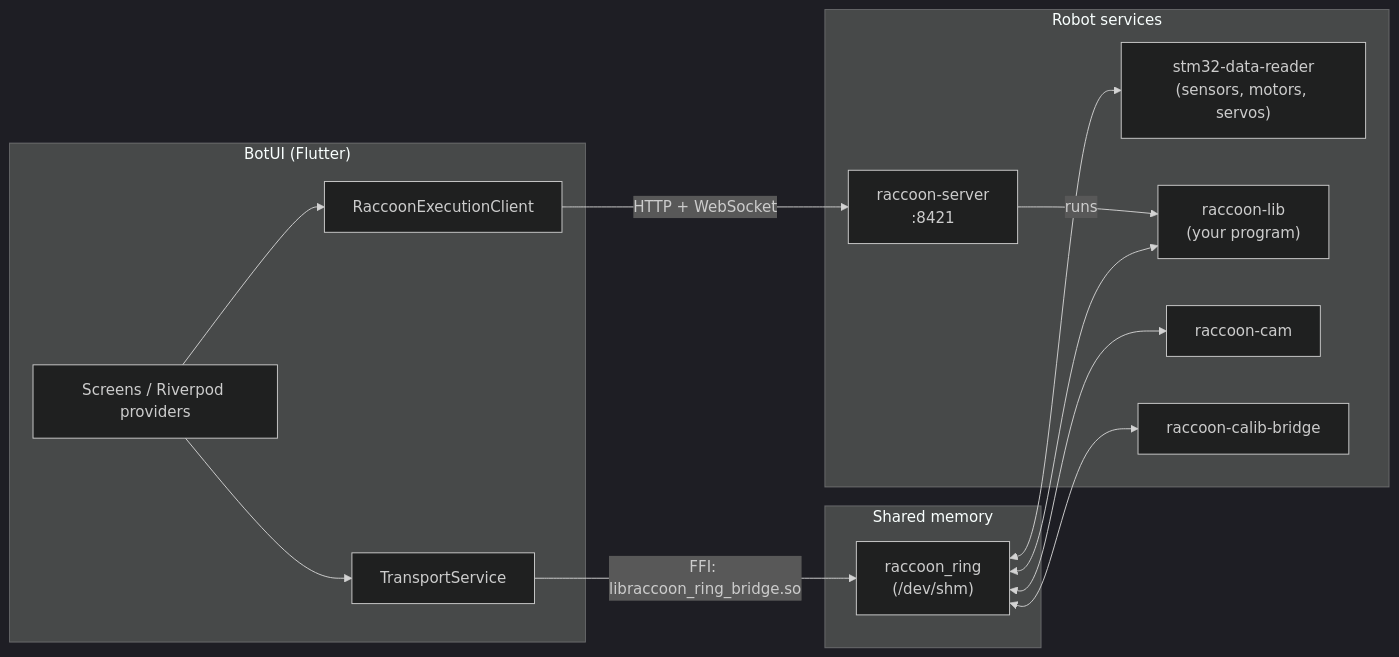
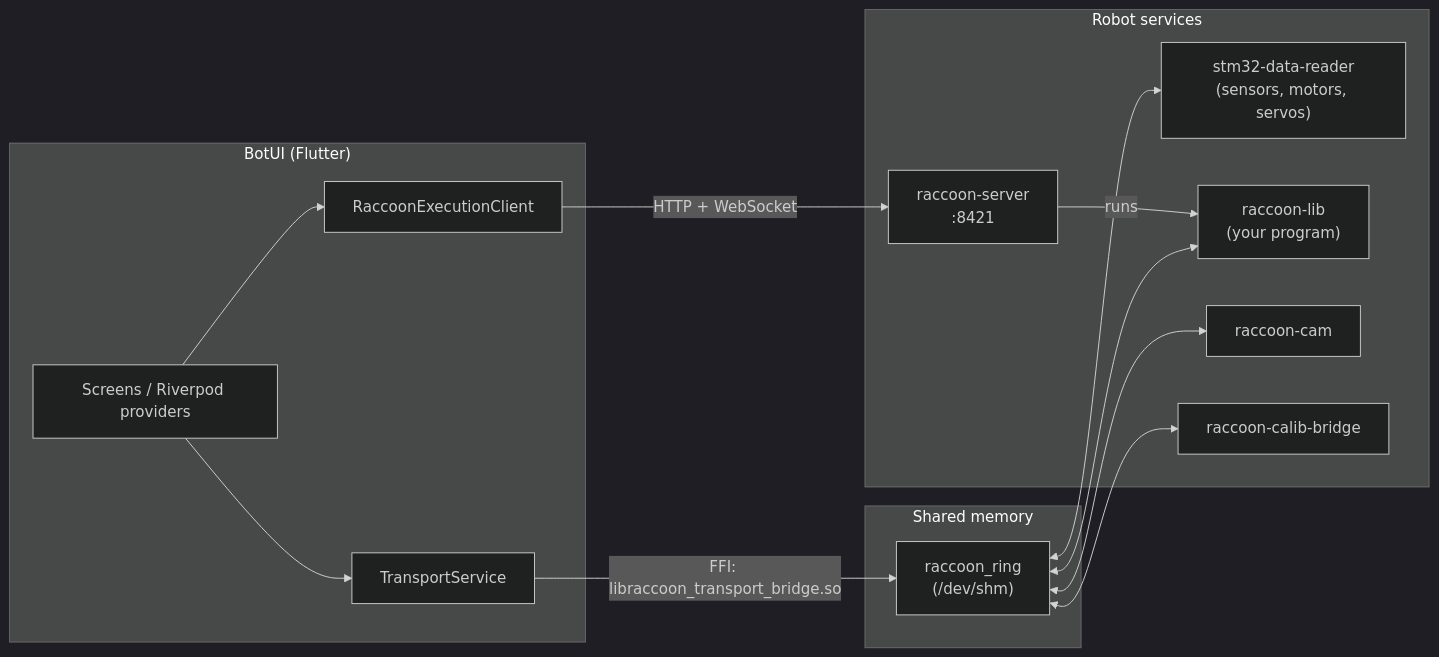
Before and after one commit to htl-stp-ecer/documentation: the first of 2 diagrams in content/05-bot-ui/_index.md, drawn with Mermaid (dark theme). The commit also changed other lines of this file and 18 other files, not shown here.

First line of the commit message:
docs: channel table, ring format and channel names of the transport

````diff
--- a/content/05-bot-ui/_index.md
+++ b/content/05-bot-ui/_index.md
@@ -25,28 +25,28 @@
 ```mermaid
 graph LR
     subgraph "BotUI (Flutter)"
         W[Screens / Riverpod providers]
         TS[TransportService]
         EX[RaccoonExecutionClient]
     end
     subgraph "Shared memory"
         RING["raccoon_ring<br/>(/dev/shm)"]
     end
     subgraph "Robot services"
         STM["stm32-data-reader<br/>(sensors, motors, servos)"]
         LIB["raccoon-lib<br/>(your program)"]
         CAM["raccoon-cam"]
         CALIB["raccoon-calib-bridge"]
         SRV["raccoon-server<br/>:8421"]
     end
 
     W --> TS
-    TS -->|"FFI: libraccoon_ring_bridge.so"| RING
+    TS -->|"FFI: libraccoon_transport_bridge.so"| RING
     RING <--> STM
     RING <--> LIB
     RING <--> CAM
     RING <--> CALIB
     W --> EX
     EX -->|"HTTP + WebSocket"| SRV
     SRV -->|"runs"| LIB
 ```
````
